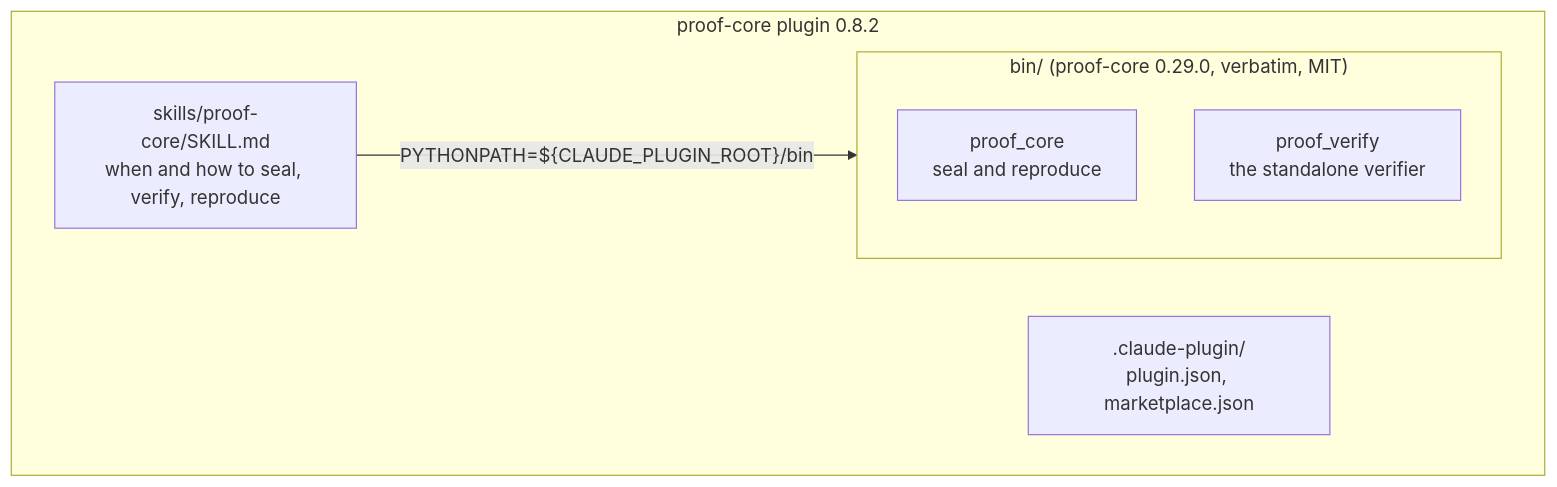
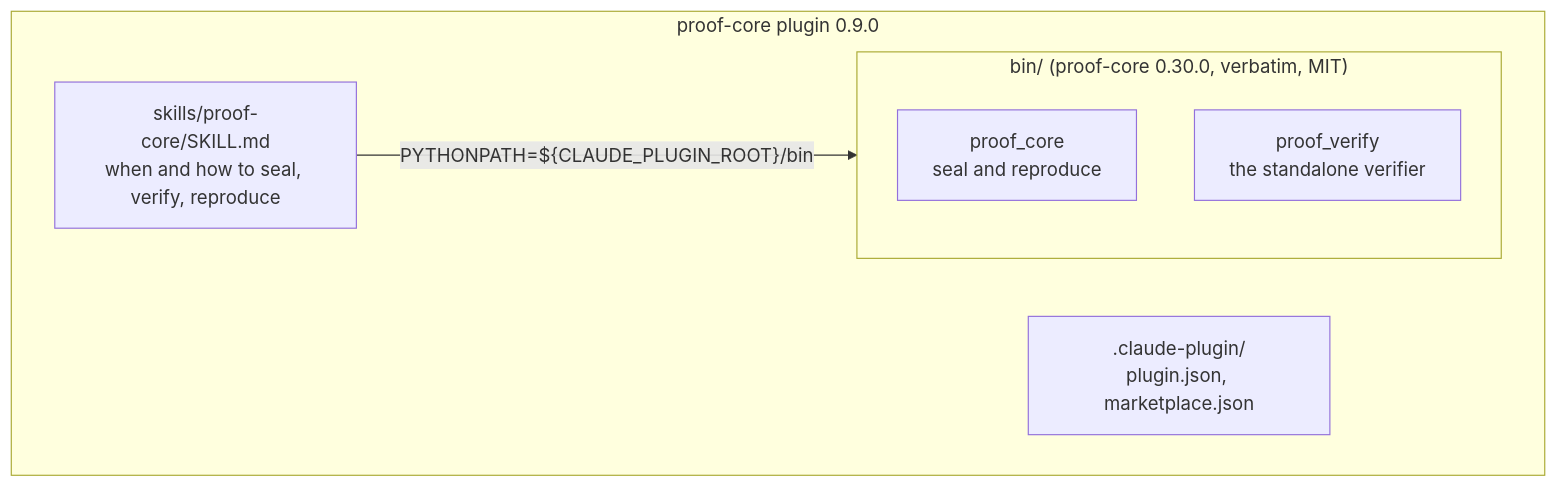
One commit to SMRFORGE/proof-core changed the second of 3 diagrams in README.md. Above: the diagram before and after it, drawn with Mermaid. The commit also changed other lines of this file and 13 other files, not shown here.

First line of the commit message:
release: 0.9.0 (re-vendor proof-core v0.30.0)

````diff
--- a/README.md
+++ b/README.md
@@ -90,12 +90,12 @@
 ```mermaid
 flowchart TB
-    subgraph plugin["proof-core plugin 0.8.2"]
+    subgraph plugin["proof-core plugin 0.9.0"]
         MAN[".claude-plugin/<br/>plugin.json, marketplace.json"]
         SKILL["skills/proof-core/SKILL.md<br/>when and how to seal, verify, reproduce"]
-        subgraph bin["bin/ (proof-core 0.29.0, verbatim, MIT)"]
+        subgraph bin["bin/ (proof-core 0.30.0, verbatim, MIT)"]
             PC["proof_core<br/>seal and reproduce"]
             PV["proof_verify<br/>the standalone verifier"]
         end
     end
     SKILL -->|"PYTHONPATH=${CLAUDE_PLUGIN_ROOT}/bin"| bin
 ```
````
